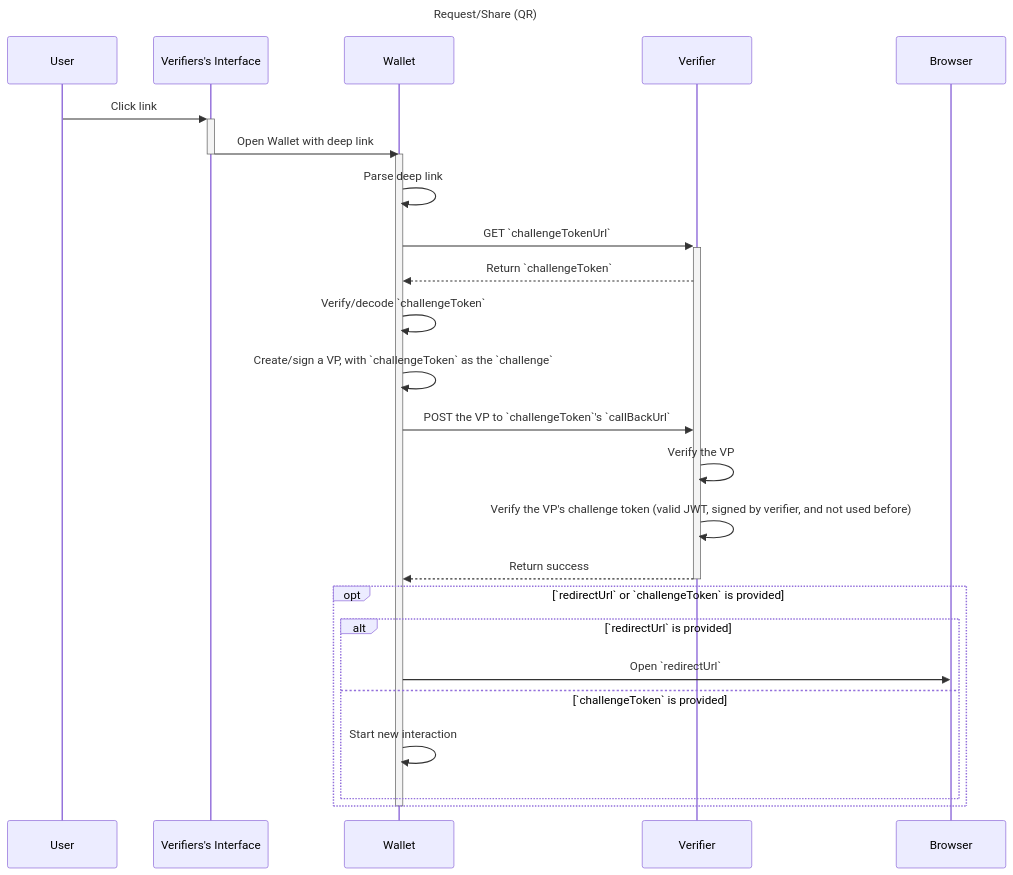
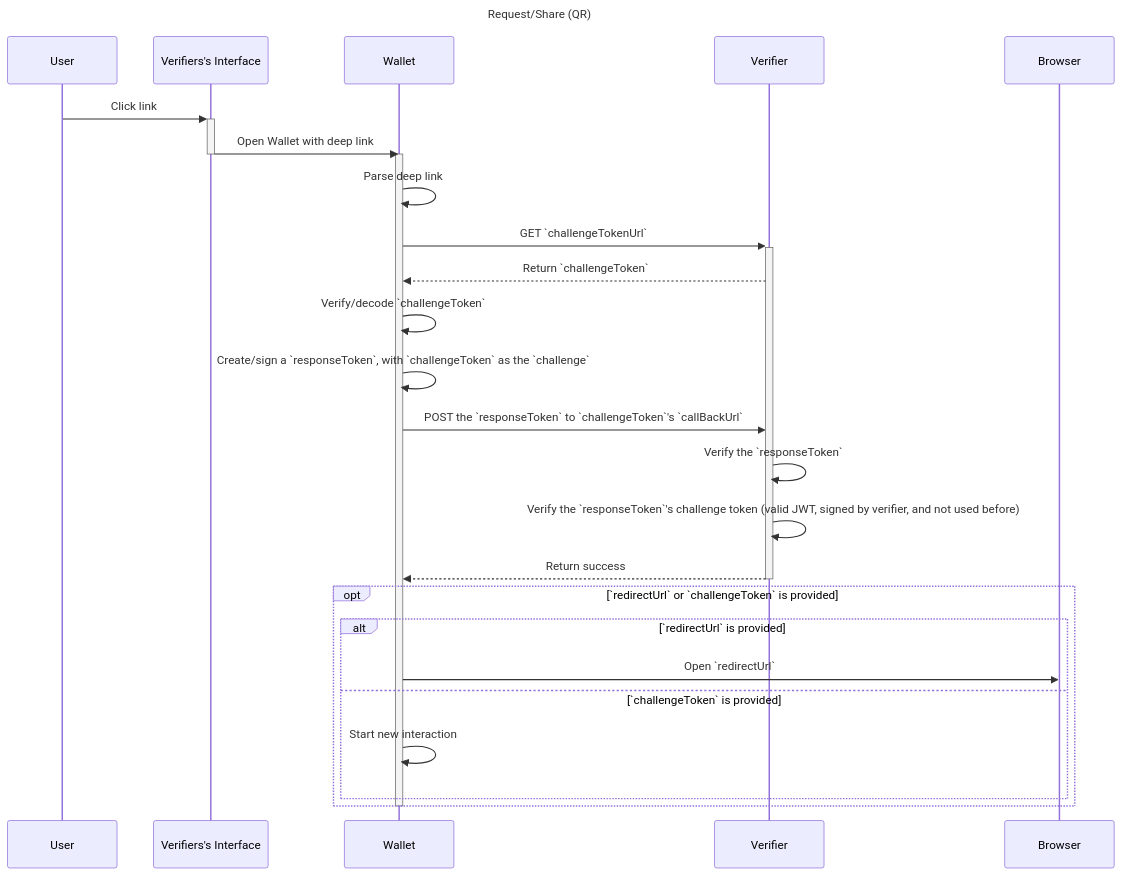
The fourth of 4 diagrams in spec/spec.md (decentralized-identity/waci-presentation-exchange), drawn with Mermaid before and after one commit. The commit also changed other lines of this file and 5 other files, not shown here.

````diff
--- a/spec/spec.md
+++ b/spec/spec.md
@@ -476,33 +514,33 @@
 ```mermaid
 sequenceDiagram
   title: Request/Share (QR)
 
   User ->>+ Verifiers's Interface: Click link
 
   Verifiers's Interface ->>- Wallet: Open Wallet with deep link
 
   activate Wallet
 
   Wallet ->> Wallet: Parse deep link
 
   Wallet ->>+ Verifier: GET `challengeTokenUrl`
   Verifier -->> Wallet: Return `challengeToken`
 
   Wallet ->> Wallet: Verify/decode `challengeToken`
-  Wallet ->> Wallet: Create/sign a VP, with `challengeToken` as the `challenge`
+  Wallet ->> Wallet: Create/sign a `responseToken`, with `challengeToken` as the `challenge`
 
-  Wallet ->> Verifier: POST the VP to `challengeToken`'s `callBackUrl`
-  Verifier ->> Verifier: Verify the VP
-  Verifier ->> Verifier: Verify the VP's challenge token (valid JWT, signed by verifier, and not used before)
+  Wallet ->> Verifier: POST the `responseToken` to `challengeToken`'s `callBackUrl`
+  Verifier ->> Verifier: Verify the `responseToken`
+  Verifier ->> Verifier: Verify the `responseToken`'s challenge token (valid JWT, signed by verifier, and not used before)
   Verifier -->>- Wallet: Return success
 
   opt `redirectUrl` or `challengeToken` is provided
     alt `redirectUrl` is provided
       Wallet ->> Browser: Open `redirectUrl`
     else `challengeToken` is provided
       Wallet ->> Wallet: Start new interaction
     end
   end
 
   deactivate Wallet
 ```
````
